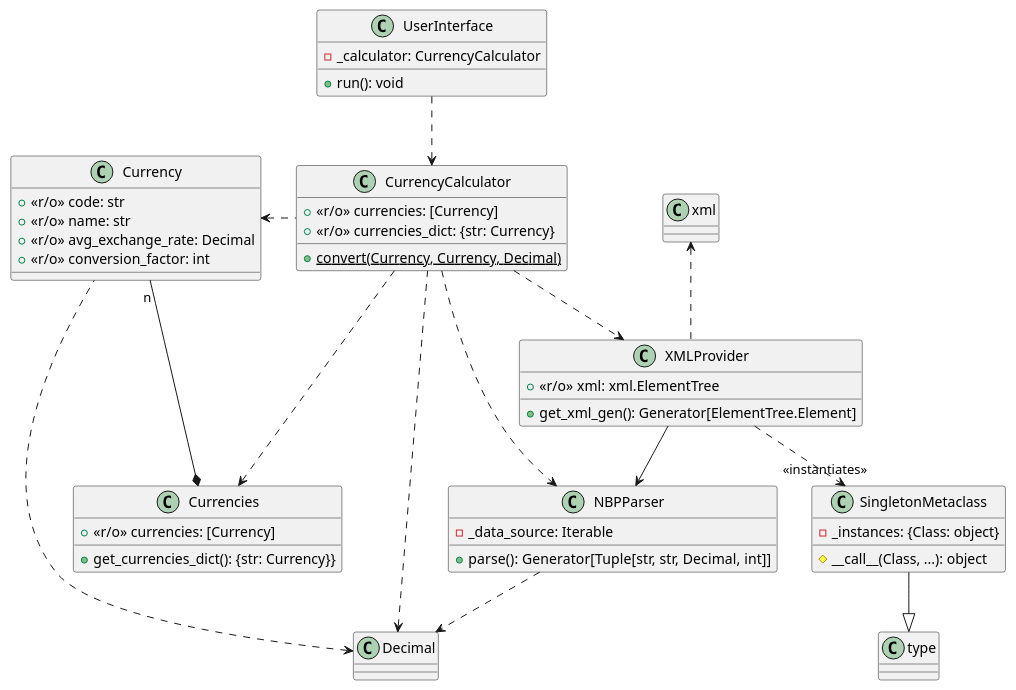
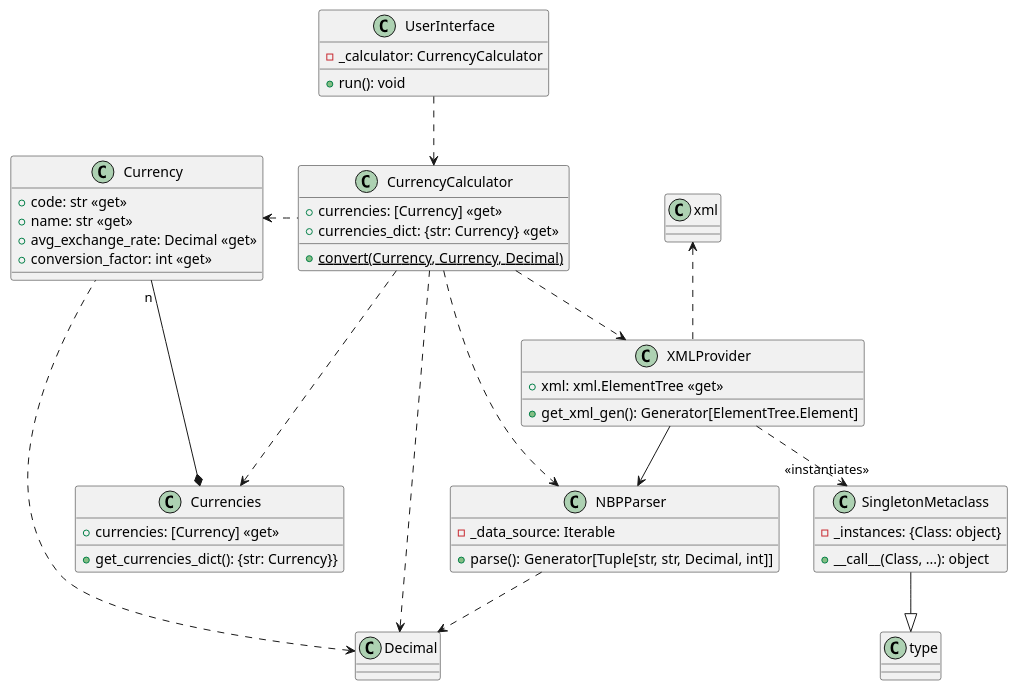
Before and after one commit to idfortytwo/to: the diagram in lab1/diagram.puml, drawn with PlantUML.

Commit message:
properties notation

```diff
--- a/lab1/diagram.puml
+++ b/lab1/diagram.puml
@@ -1,59 +1,59 @@
 @startuml
 
 class Decimal
 Decimal <-[dashed]- CurrencyCalculator
 Decimal <-[dashed]- Currency
 Decimal <-u[dashed]- NBPParser
 
 class xml
 xml <-d[dashed]- XMLProvider
 
 class Currency {
-    + <<r/o>> code: str
-    + <<r/o>> name: str
-    + <<r/o>> avg_exchange_rate: Decimal
-    + <<r/o>> conversion_factor: int
+    + code: str <<get>>
+    + name: str <<get>>
+    + avg_exchange_rate: Decimal <<get>>
+    + conversion_factor: int <<get>>
 }
 
 class Currencies {
-    + <<r/o>> currencies: [Currency]
+    + currencies: [Currency] <<get>>
     + get_currencies_dict(): {str: Currency}}
 }
 Currencies *-- "n" Currency
 
 
 class SingletonMetaclass {
     - _instances: {Class: object}
-    # __call__(Class, ...): object
+    + __call__(Class, ...): object
 }
 SingletonMetaclass -d-|> type
 
 class NBPParser {
     - _data_source: Iterable
     + parse(): Generator[Tuple[str, str, Decimal, int]]
 }
 
 class XMLProvider {
-    + <<r/o>> xml: xml.ElementTree
+    + xml: xml.ElementTree <<get>>
     + get_xml_gen(): Generator[ElementTree.Element]
 }
 XMLProvider -[dashed]-> "<<instantiates>>" SingletonMetaclass
 XMLProvider --> NBPParser
 
 class CurrencyCalculator {
-    + <<r/o>> currencies: [Currency]
-    + <<r/o>> currencies_dict: {str: Currency}
+    + currencies: [Currency] <<get>>
+    + currencies_dict: {str: Currency} <<get>>
     + {static} convert(Currency, Currency, Decimal)
 }
 CurrencyCalculator -[dashed]-> XMLProvider
 CurrencyCalculator -[dashed]--> NBPParser
 CurrencyCalculator -[dashed]--> Currencies
 CurrencyCalculator -l[dashed]-> Currency
 
 class UserInterface {
     - _calculator: CurrencyCalculator
     + run(): void
 }
 UserInterface -[dashed]-> CurrencyCalculator
 
 @enduml
```
